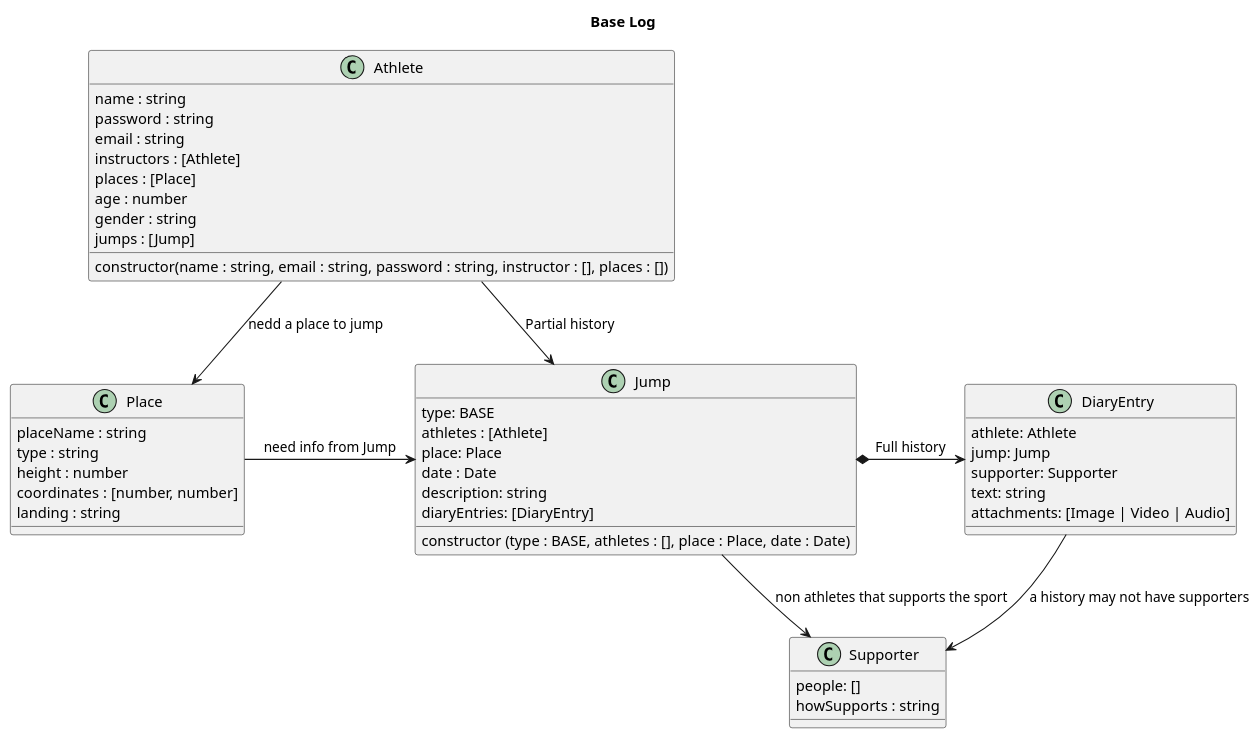
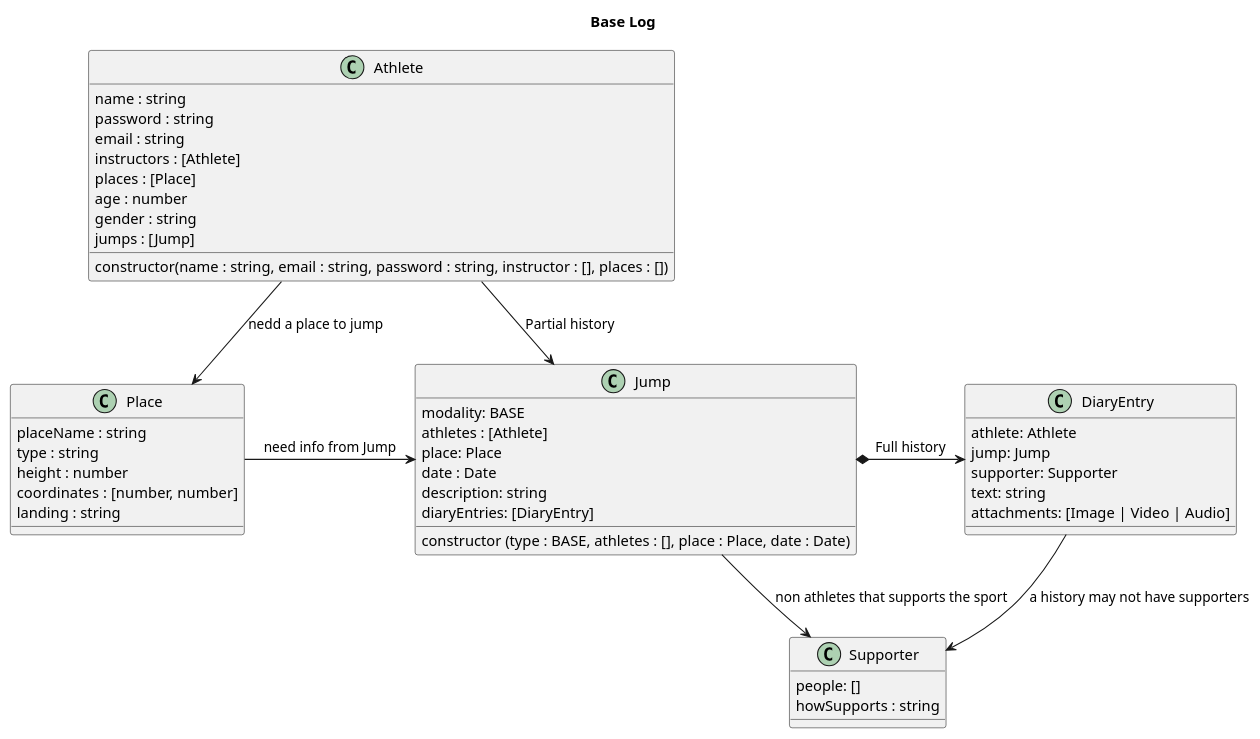
One commit to discombobulateme/webdoc changed the diagram in architecture/class.puml. Above: the diagram before and after it, drawn with PlantUML.

Commit message:
Change type to modality to improve naming

```diff
--- a/architecture/class.puml
+++ b/architecture/class.puml
@@ -1,64 +1,67 @@
 @startuml Base Log
 Title Base Log
 
 class Athlete {
 name : string
 password : string
 email : string
 instructors : [Athlete]
 places : [Place]
 age : number
 gender : string
 jumps : [Jump]
 
 constructor(name : string, email : string, password : string, instructor : [], places : [])
 }
 
 class Jump {
-type: BASE
+' addJump(Jump)
+' Verify: if that place exists
+' Verify: if you are linked in date and place with a Jump
+modality: BASE
 athletes : [Athlete]
 place: Place
 date : Date
 ' this is a sinopse
 description: string
 diaryEntries: [DiaryEntry]
 
 constructor (type : BASE, athletes : [], place : Place, date : Date)
 }
 
 class DiaryEntry {
   athlete: Athlete
   jump: Jump
   supporter: Supporter
   ' this is the full history text
   text: string
   attachments: [Image | Video | Audio]
 }
 
 class Place {
 placeName : string
 type : string
 height : number
 coordinates : [number, number]
 landing : string
 }
 
 'non Athletes that supports the sport
 class Supporter {
 people: []
 howSupports : string
 }
 
 ' Head *- Hand : composition
 ' Parent o-- IndependentChild : agregation
 ' Need --> Use : association
 
 Athlete --> Place : nedd a place to jump
 Athlete -> Jump : Partial history
 
 Place -> Jump : need info from Jump
 Jump *-> DiaryEntry : Full history
 Jump --> Supporter : non athletes that supports the sport
 DiaryEntry --> Supporter : a history may not have supporters
 
 @enduml
```
